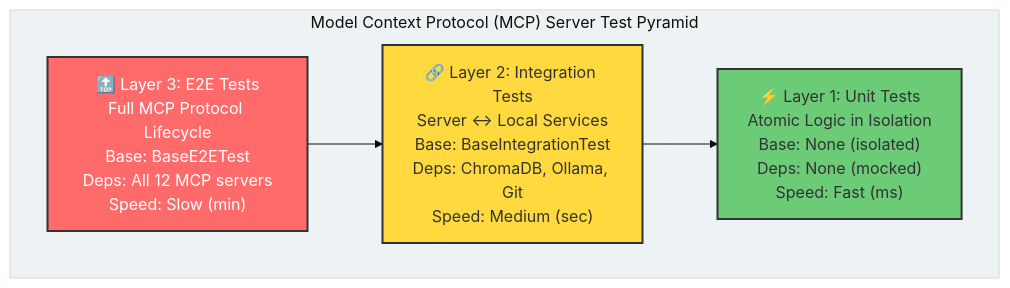
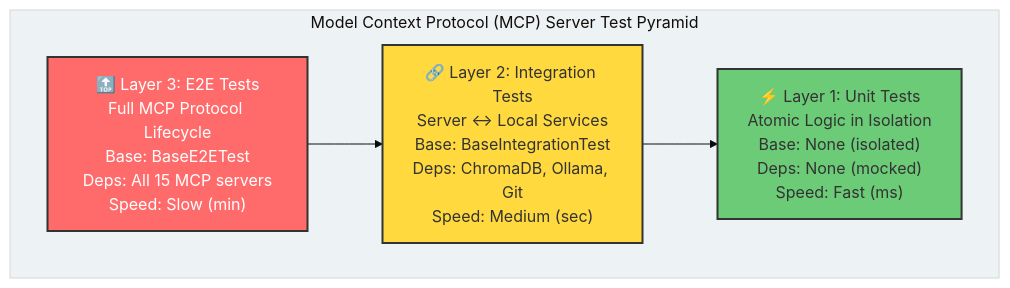
One commit to richfrem/Project_Sanctuary changed the diagram in docs/architecture_diagrams/system/mcp_test_pyramid.mmd. Above: the diagram before and after it, drawn with Mermaid. The commit also changed 200 other files, not shown here.

```diff
--- a/docs/architecture_diagrams/system/mcp_test_pyramid.mmd
+++ b/docs/architecture_diagrams/system/mcp_test_pyramid.mmd
@@ -1,18 +1,18 @@
 %% Name: MCP Server Test Pyramid
 %% Source: tests/README.md
 %% Location: docs/architecture_diagrams/system/mcp_test_pyramid.mmd
 %% Description: Architecture diagram showing the three layers of the MCP testing strategy (E2E, Integration, Unit).
 
 %%{init: {'theme': 'base', 'themeVariables': { 'primaryColor': '#ff6b6b', 'edgeLabelBackground':'#ffffff', 'tertiaryColor': '#edf2f4'}}}%%
 flowchart TB
  subgraph MCP_Test_Pyramid["Model Context Protocol (MCP) Server Test Pyramid"]
-        E2E["🔝 Layer 3: E2E Tests<br>Full MCP Protocol Lifecycle<br>Base: BaseE2ETest<br>Deps: All 12 MCP servers<br>Speed: Slow (min)"]
+        E2E["🔝 Layer 3: E2E Tests<br>Full MCP Protocol Lifecycle<br>Base: BaseE2ETest<br>Deps: All 15 MCP servers<br>Speed: Slow (min)"]
         INT["🔗 Layer 2: Integration Tests<br>Server ↔ Local Services<br>Base: BaseIntegrationTest<br>Deps: ChromaDB, Ollama, Git<br>Speed: Medium (sec)"]
         UNIT["⚡ Layer 1: Unit Tests<br>Atomic Logic in Isolation<br>Base: None (isolated)<br>Deps: None (mocked)<br>Speed: Fast (ms)"]
   end
     E2E --> INT
     INT --> UNIT
 
     style E2E fill:#ff6b6b,stroke:#333,stroke-width:2px,color:#fff
     style INT fill:#ffd93d,stroke:#333,stroke-width:2px
     style UNIT fill:#6bcb77,stroke:#333,stroke-width:2px
```
